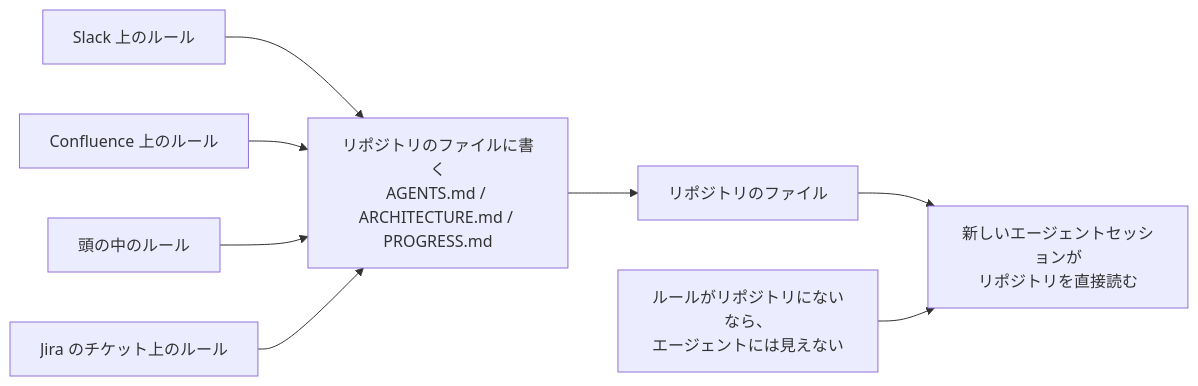
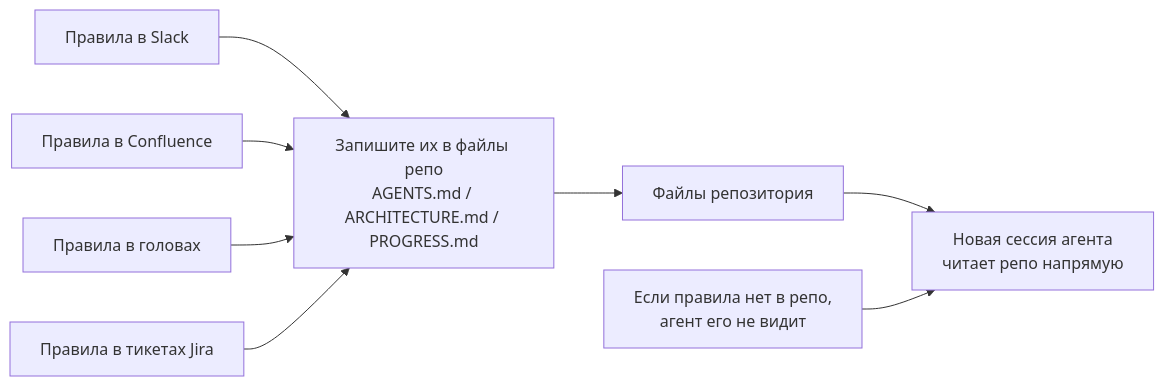
Before and after one commit to mkusaka/learn-harness-engineering: the first of 2 diagrams in docs/ru/lectures/lecture-03-why-the-repository-must-become-the-system-of-record/index.md, drawn with Mermaid. The commit also changed other lines of this file and 684 other files, not shown here.

````diff
--- a/docs/ru/lectures/lecture-03-why-the-repository-must-become-the-system-of-record/index.md
+++ b/docs/ru/lectures/lecture-03-why-the-repository-must-become-the-system-of-record/index.md
@@ -26,10 +26,10 @@
 ```mermaid
 flowchart LR
-    Slack["Slack 上のルール"] --> Write["リポジトリのファイルに書く<br/>AGENTS.md / ARCHITECTURE.md / PROGRESS.md"]
-    Confluence["Confluence 上のルール"] --> Write
-    Heads["頭の中のルール"] --> Write
-    Jira["Jira のチケット上のルール"] --> Write
-    Write --> Repo["リポジトリのファイル"]
-    Repo --> Agent["新しいエージェントセッションが<br/>リポジトリを直接読む"]
-    Warning["ルールがリポジトリにないなら、<br/>エージェントには見えない"] --> Agent
+    Slack["Правила в Slack"] --> Write["Запишите их в файлы репо<br/>AGENTS.md / ARCHITECTURE.md / PROGRESS.md"]
+    Confluence["Правила в Confluence"] --> Write
+    Heads["Правила в головах"] --> Write
+    Jira["Правила в тикетах Jira"] --> Write
+    Write --> Repo["Файлы репозитория"]
+    Repo --> Agent["Новая сессия агента<br/>читает репо напрямую"]
+    Warning["Если правила нет в репо,<br/>агент его не видит"] --> Agent
 ```
````
